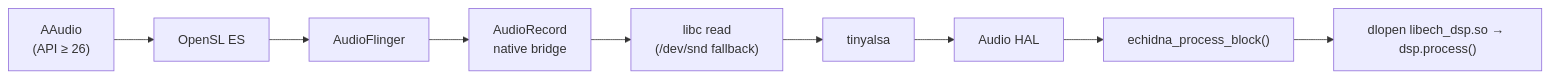
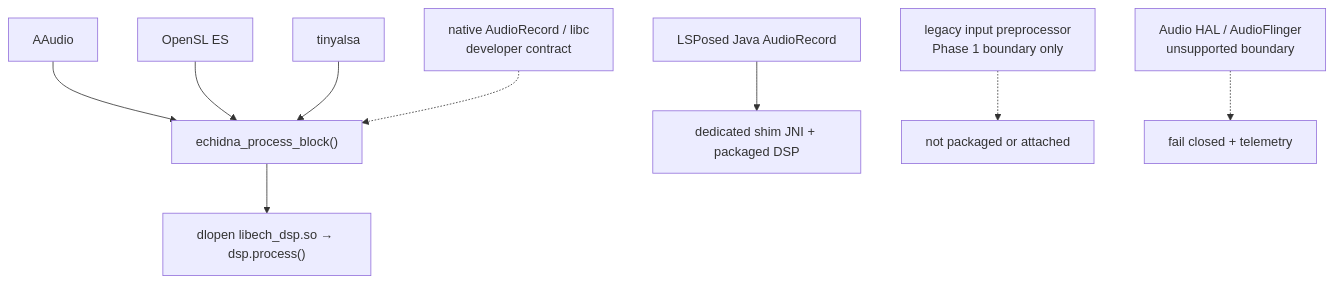
The second of 3 diagrams in docs/architecture.md (supermarsx/echidna), drawn with Mermaid before and after one commit. The commit also changed other lines of this file and 18 other files, not shown here.

````diff
--- a/docs/architecture.md
+++ b/docs/architecture.md
@@ -99,6 +131,11 @@
 ```mermaid
-flowchart LR
-    A["AAudio<br/>(API ≥ 26)"] --> B["OpenSL ES"] --> C["AudioFlinger"] --> D["AudioRecord<br/>native bridge"] --> E["libc read<br/>(/dev/snd fallback)"] --> F["tinyalsa"] --> G["Audio HAL"]
-    G --> P["echidna_process_block()"]
+flowchart TB
+    A["AAudio"] --> P["echidna_process_block()"]
+    B["OpenSL ES"] --> P
+    C["tinyalsa"] --> P
+    J["LSPosed Java AudioRecord"] --> Q["dedicated shim JNI + packaged DSP"]
+    L["legacy input preprocessor<br/>Phase 1 boundary only"] -.-> R["not packaged or attached"]
+    D["native AudioRecord / libc<br/>developer contract"] -.-> P
+    X["Audio HAL / AudioFlinger<br/>unsupported boundary"] -.-> N["fail closed + telemetry"]
     P --> H["dlopen libech_dsp.so → dsp.process()"]
 ```
````
